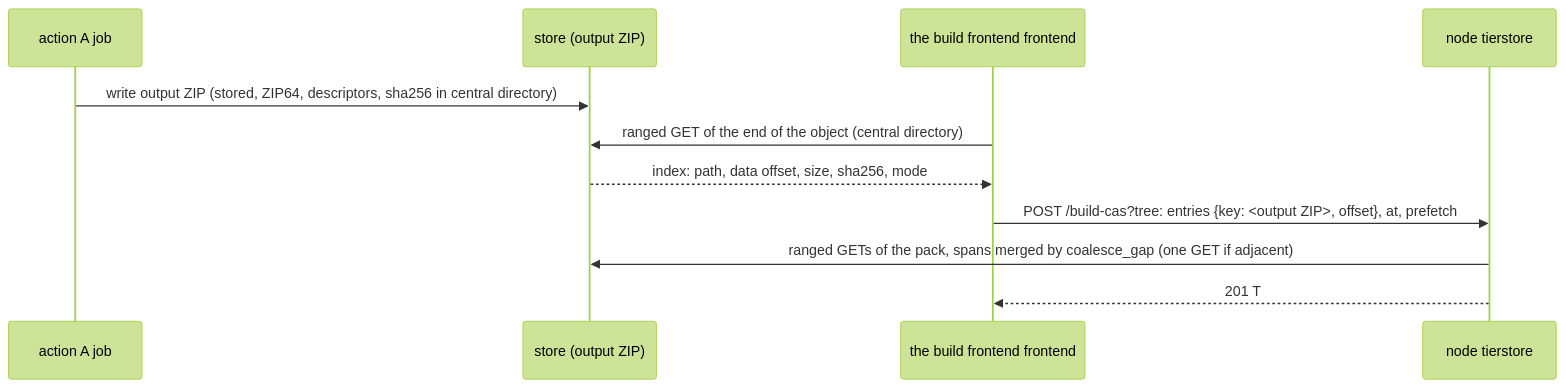
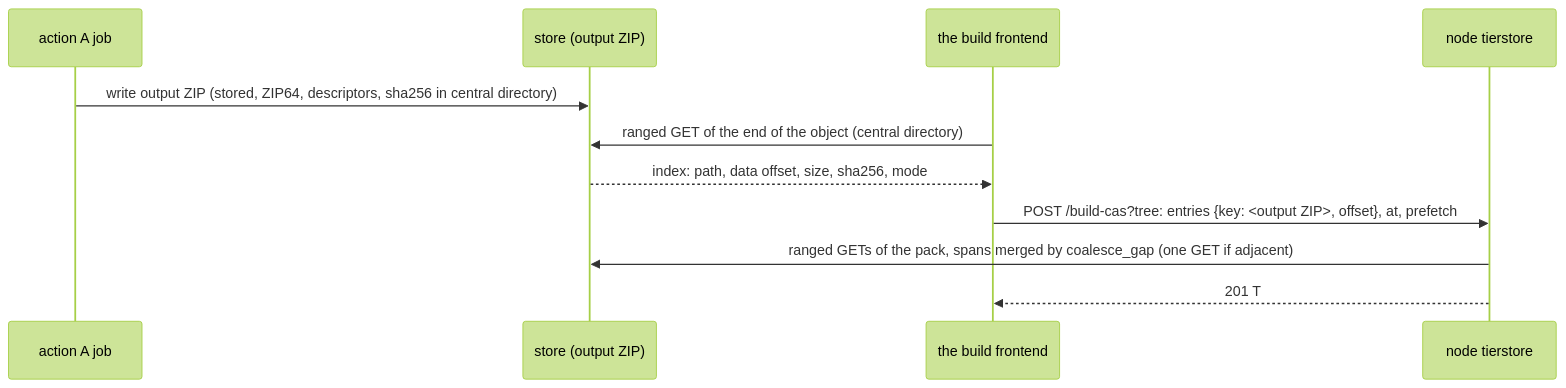
The third of 3 diagrams in docs/design/node-local-trees.md (komira-ai/tierstore), drawn with Mermaid (forest theme) before and after one commit. The commit also changed other lines of this file, not shown here.

````diff
--- a/docs/design/node-local-trees.md
+++ b/docs/design/node-local-trees.md
@@ -449,13 +449,13 @@
 ```mermaid
 sequenceDiagram
     participant A as action A job
     participant S as store (output ZIP)
-    participant K as the build frontend frontend
+    participant K as the build frontend
     participant N as node tierstore
     A->>S: write output ZIP (stored, ZIP64, descriptors, sha256 in central directory)
     K->>S: ranged GET of the end of the object (central directory)
     S-->>K: index: path, data offset, size, sha256, mode
     K->>N: POST /build-cas?tree: entries {key: <output ZIP>, offset}, at, prefetch
     N->>S: ranged GETs of the pack, spans merged by coalesce_gap (one GET if adjacent)
     N-->>K: 201 T
 ```
````
